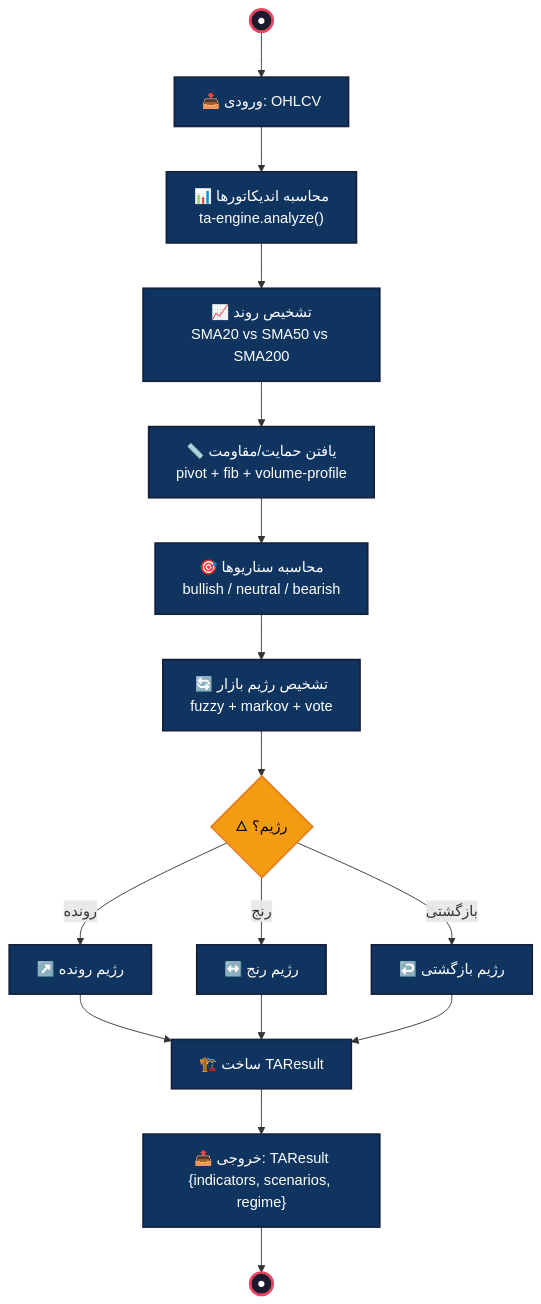
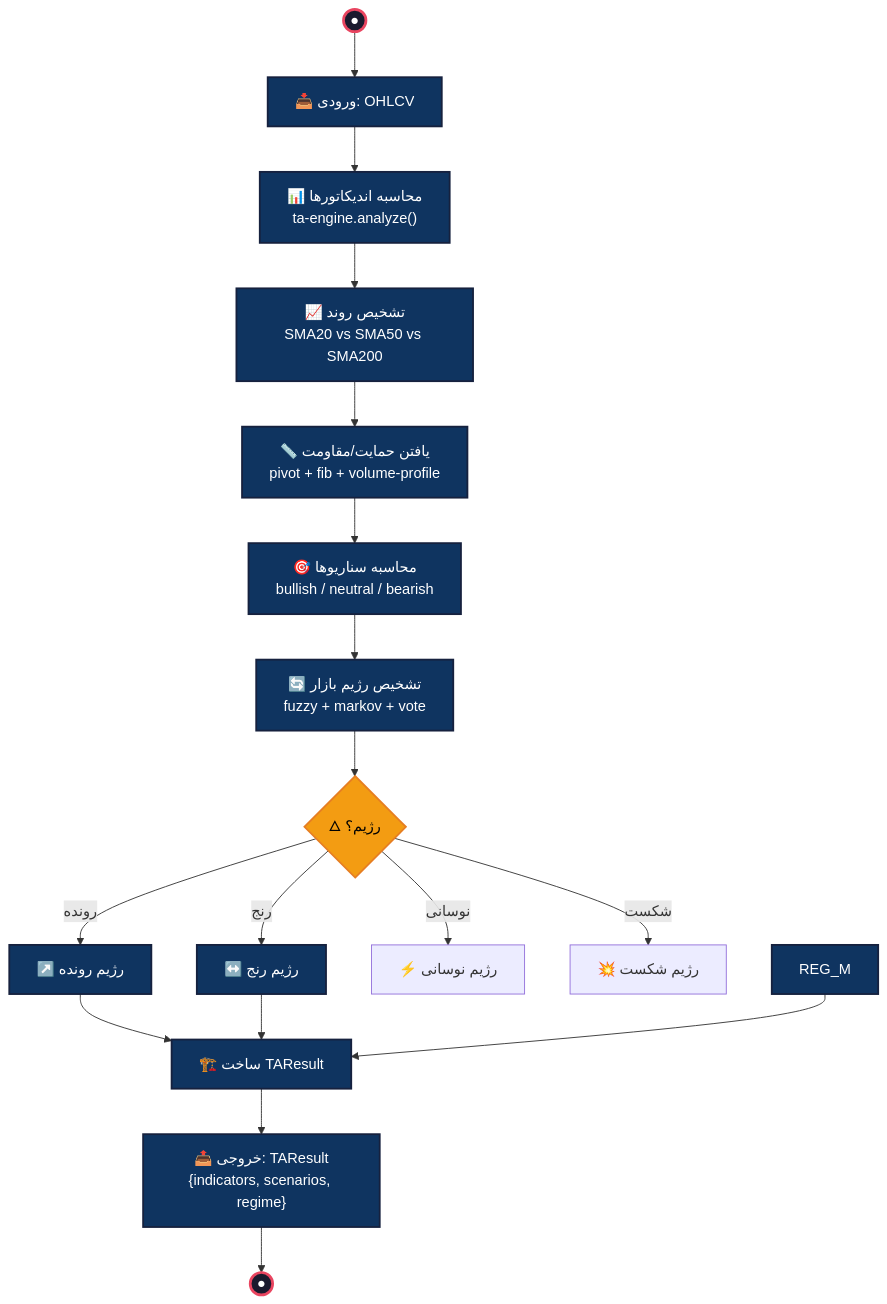
One commit to Shakour-Data/TechnicalAI changed the third of 9 diagrams in bpmn-section.md. Above: the diagram before and after it, drawn with Mermaid. The commit also changed other lines of this file and 23 other files, not shown here.

Commit message:
Update API services, decision graph, and TSE/Yahoo integrations

````diff
--- a/bpmn-section.md
+++ b/bpmn-section.md
@@ -181,25 +183,26 @@
 ```mermaid
 flowchart TB
     START2((●)) --> IN_OHLCV["📥 ورودی: OHLCV"]
     IN_OHLCV --> CALC_IND["📊 محاسبه اندیکاتورها\nta-engine.analyze()"]
     CALC_IND --> DET_TREND["📈 تشخیص روند\nSMA20 vs SMA50 vs SMA200"]
     DET_TREND --> FIND_SR["📏 یافتن حمایت/مقاومت\npivot + fib + volume-profile"]
     FIND_SR --> CALC_SCEN["🎯 محاسبه سناریوها\nbullish / neutral / bearish"]
     CALC_SCEN --> DET_REGIME["🔄 تشخیص رژیم بازار\nfuzzy + markov + vote"]
     DET_REGIME --> REG_GW2{"🜂 رژیم؟"}
     REG_GW2 -->|رونده| REG_T["↗️ رژیم رونده"]
     REG_GW2 -->|رنج| REG_R["↔️ رژیم رنج"]
-    REG_GW2 -->|بازگشتی| REG_M["↩️ رژیم بازگشتی"]
+    REG_GW2 -->|نوسانی| REG_V["⚡ رژیم نوسانی"]
+    REG_GW2 -->|شکست| REG_B["💥 رژیم شکست"]
     REG_T --> BUILD_RES["🏗️ ساخت TAResult"]
     REG_R --> BUILD_RES
     REG_M --> BUILD_RES
     BUILD_RES --> OUT2["📤 خروجی: TAResult\n{indicators, scenarios, regime}"]
     OUT2 --> END2((●))
 
     classDef startEnd fill:#1a1a2e,stroke:#e94560,stroke-width:3px,color:#fff
     classDef gateway fill:#f39c12,stroke:#e67e22,stroke-width:2px,color:#000
     classDef task fill:#0f3460,stroke:#16213e,stroke-width:2px,color:#fff
     class START2,END2 startEnd
     class REG_GW2 gateway
     class IN_OHLCV,CALC_IND,DET_TREND,FIND_SR,CALC_SCEN,DET_REGIME,REG_T,REG_R,REG_M,BUILD_RES,OUT2 task
 ```
````
